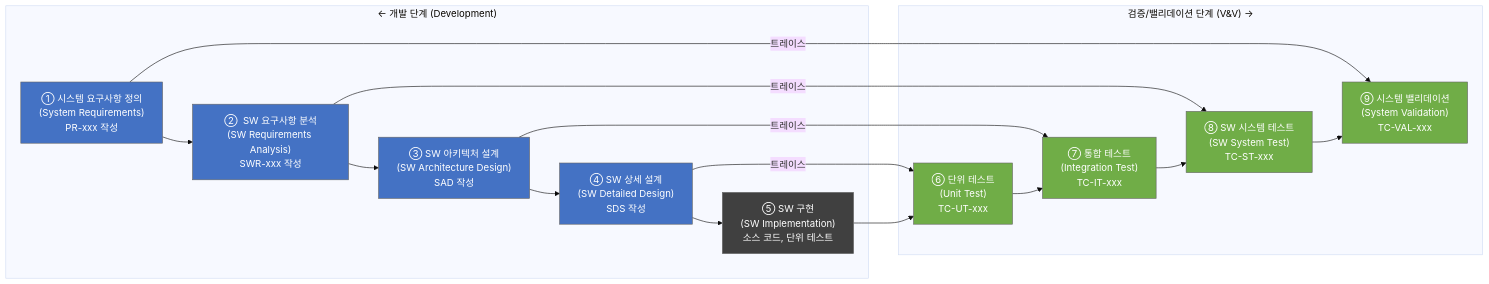
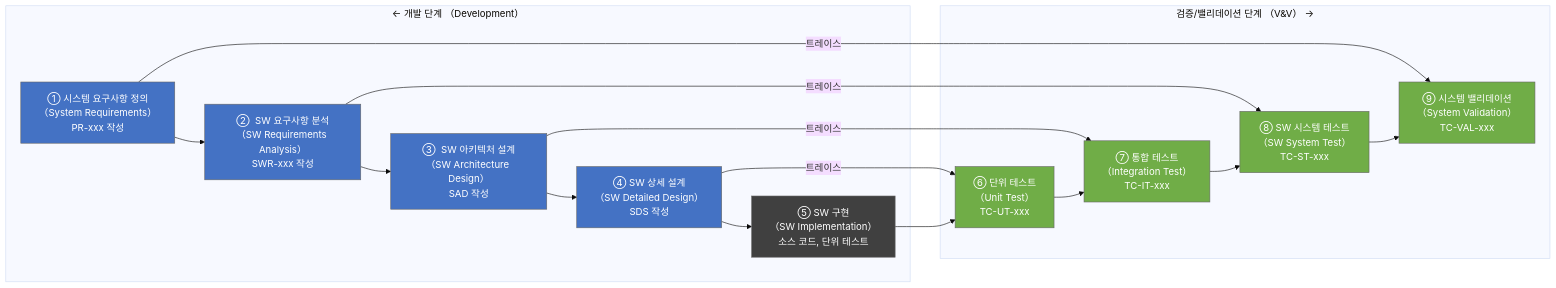
The second of 13 diagrams in docs/management/DOC-003_SW_Development_Guideline_v1.0.md (holee9/console-gui), drawn with Mermaid (base theme) before and after one commit. The commit also changed other lines of this file and 22 other files, not shown here.

First line of the commit message:
fix: Mermaid flowchart 노드 내 괄호 파싱 오류 전면 수정

````diff
--- a/docs/management/DOC-003_SW_Development_Guideline_v1.0.md
+++ b/docs/management/DOC-003_SW_Development_Guideline_v1.0.md
@@ -174,35 +174,35 @@
 ```mermaid
 graph LR
     classDef default fill:#444,stroke:#666,color:#fff
-    subgraph LEFT["← 개발 단계 (Development)"]
-        A["①  시스템 요구사항 정의<br/>(System Requirements)<br/>PR-xxx 작성"]
-        B["②  SW 요구사항 분석<br/>(SW Requirements Analysis)<br/>SWR-xxx 작성"]
-        C["③  SW 아키텍처 설계<br/>(SW Architecture Design)<br/>SAD 작성"]
-        D["④  SW 상세 설계<br/>(SW Detailed Design)<br/>SDS 작성"]
-        E["⑤  SW 구현<br/>(SW Implementation)<br/>소스 코드, 단위 테스트"]
+    subgraph LEFT["← 개발 단계 （Development）"]
+        A["①  시스템 요구사항 정의<br/>（System Requirements）<br/>PR-xxx 작성"]
+        B["②  SW 요구사항 분석<br/>（SW Requirements Analysis）<br/>SWR-xxx 작성"]
+        C["③  SW 아키텍처 설계<br/>（SW Architecture Design）<br/>SAD 작성"]
+        D["④  SW 상세 설계<br/>（SW Detailed Design）<br/>SDS 작성"]
+        E["⑤  SW 구현<br/>（SW Implementation）<br/>소스 코드, 단위 테스트"]
     end
 
-    subgraph RIGHT["검증/밸리데이션 단계 (V&V) →"]
-        F["⑥  단위 테스트<br/>(Unit Test)<br/>TC-UT-xxx"]
-        G["⑦  통합 테스트<br/>(Integration Test)<br/>TC-IT-xxx"]
-        H["⑧  SW 시스템 테스트<br/>(SW System Test)<br/>TC-ST-xxx"]
-        I["⑨  시스템 밸리데이션<br/>(System Validation)<br/>TC-VAL-xxx"]
+    subgraph RIGHT["검증/밸리데이션 단계 （V&V） →"]
+        F["⑥  단위 테스트<br/>（Unit Test）<br/>TC-UT-xxx"]
+        G["⑦  통합 테스트<br/>（Integration Test）<br/>TC-IT-xxx"]
+        H["⑧  SW 시스템 테스트<br/>（SW System Test）<br/>TC-ST-xxx"]
+        I["⑨  시스템 밸리데이션<br/>（System Validation）<br/>TC-VAL-xxx"]
     end
 
     A -->|트레이스| I
     B -->|트레이스| H
     C -->|트레이스| G
     D -->|트레이스| F
     A --> B --> C --> D --> E
     E --> F --> G --> H --> I
 
     style A fill:#4472C4,color:#fff
     style B fill:#4472C4,color:#fff
     style C fill:#4472C4,color:#fff
     style D fill:#4472C4,color:#fff
     style E fill:#404040,color:#fff
     style F fill:#70AD47,color:#fff
     style G fill:#70AD47,color:#fff
     style H fill:#70AD47,color:#fff
     style I fill:#70AD47,color:#fff
 ```
````
